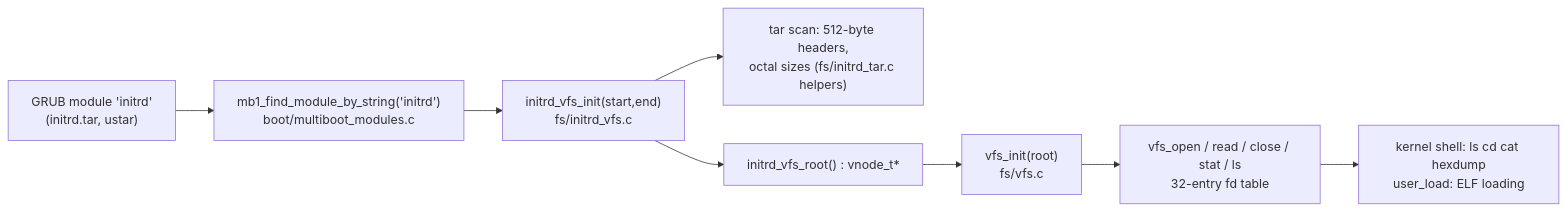
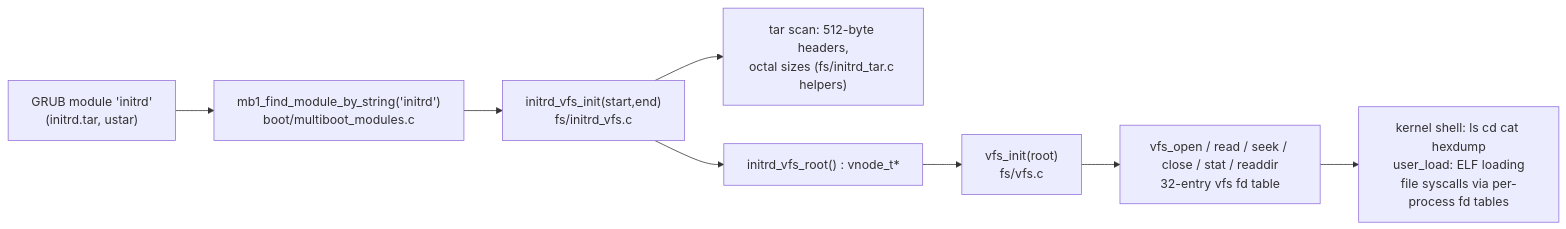
One commit to Bobliuuu/bobliu-os changed the seventh of 8 diagrams in docs/architecture.md. Above: the diagram before and after it, drawn with Mermaid. The commit also changed other lines of this file and 1 other file, not shown here.

Commit message:
docs: file syscalls, guard pages, cow fork

````diff
--- a/docs/architecture.md
+++ b/docs/architecture.md
@@ -410,10 +458,10 @@
 ```mermaid
 flowchart LR
     GRUB["GRUB module 'initrd'<br/>(initrd.tar, ustar)"] --> MB["mb1_find_module_by_string('initrd')<br/>boot/multiboot_modules.c"]
     MB --> IV["initrd_vfs_init(start,end)<br/>fs/initrd_vfs.c"]
     IV --> TAR["tar scan: 512-byte headers,<br/>octal sizes (fs/initrd_tar.c helpers)"]
     IV --> ROOT["initrd_vfs_root() : vnode_t*"]
     ROOT --> VI["vfs_init(root)<br/>fs/vfs.c"]
-    VI --> API["vfs_open / read / close / stat / ls<br/>32-entry fd table"]
-    API --> CONSUMERS["kernel shell: ls cd cat hexdump<br/>user_load: ELF loading"]
+    VI --> API["vfs_open / read / seek / close / stat / readdir<br/>32-entry vfs fd table"]
+    API --> CONSUMERS["kernel shell: ls cd cat hexdump<br/>user_load: ELF loading<br/>file syscalls via per-process fd tables"]
 ```
````
